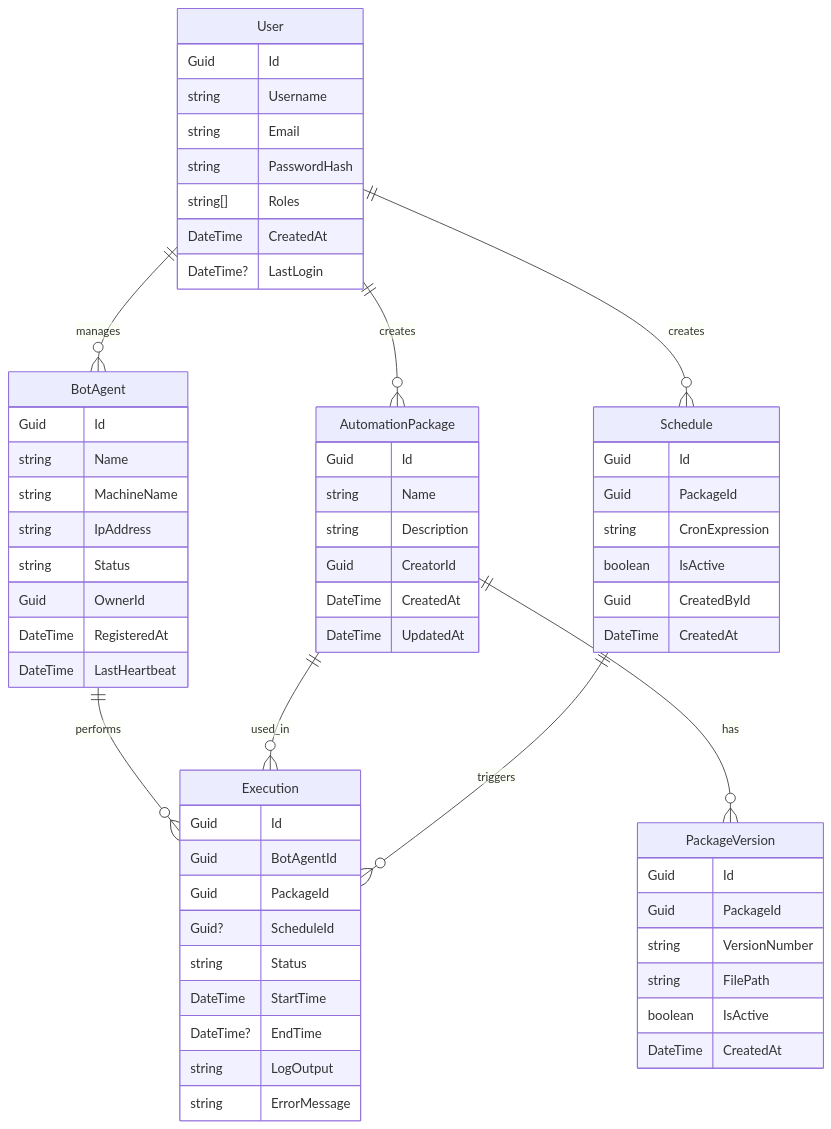
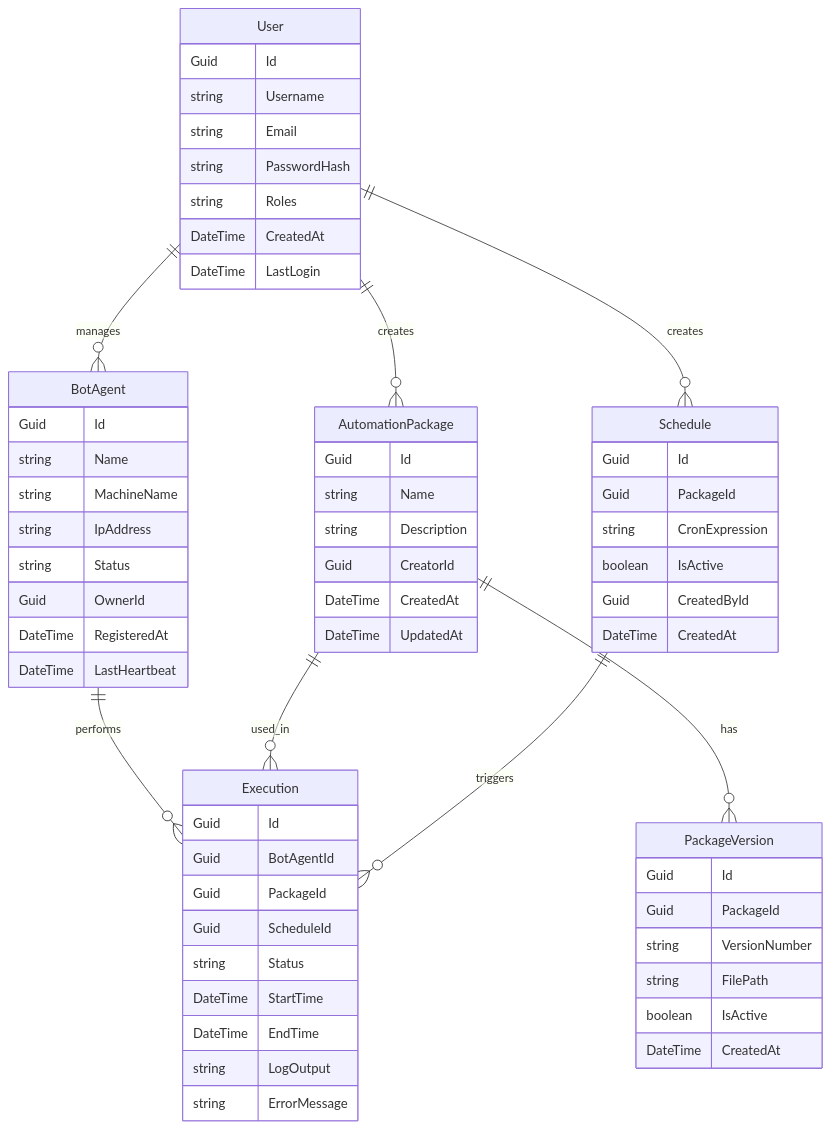
The first of 2 diagrams in Documentation/TechnicalDesignDocument.md (OpenAutomateOrg/OpenAutomate.Backend), drawn with Mermaid before and after one commit.

````diff
--- a/Documentation/TechnicalDesignDocument.md
+++ b/Documentation/TechnicalDesignDocument.md
@@ -40,70 +40,70 @@
 ```mermaid
 erDiagram
     User ||--o{ BotAgent : manages
     User ||--o{ AutomationPackage : creates
     User ||--o{ Schedule : creates
     AutomationPackage ||--o{ PackageVersion : has
     BotAgent ||--o{ Execution : performs
     AutomationPackage ||--o{ Execution : used_in
     Schedule ||--o{ Execution : triggers
     
     User {
         Guid Id
         string Username
         string Email
         string PasswordHash
-        string[] Roles
+        string Roles
         DateTime CreatedAt
-        DateTime? LastLogin
+        DateTime LastLogin
     }
     
     BotAgent {
         Guid Id
         string Name
         string MachineName
         string IpAddress
         string Status
         Guid OwnerId
         DateTime RegisteredAt
         DateTime LastHeartbeat
     }
     
     AutomationPackage {
         Guid Id
         string Name
         string Description
         Guid CreatorId
         DateTime CreatedAt
         DateTime UpdatedAt
     }
     
     PackageVersion {
         Guid Id
         Guid PackageId
         string VersionNumber
         string FilePath
         boolean IsActive
         DateTime CreatedAt
     }
     
     Execution {
         Guid Id
         Guid BotAgentId
         Guid PackageId
-        Guid? ScheduleId
+        Guid ScheduleId
         string Status
         DateTime StartTime
-        DateTime? EndTime
+        DateTime EndTime
         string LogOutput
         string ErrorMessage
     }
     
     Schedule {
         Guid Id
         Guid PackageId
         string CronExpression
         boolean IsActive
         Guid CreatedById
         DateTime CreatedAt
     }
 ```
````
